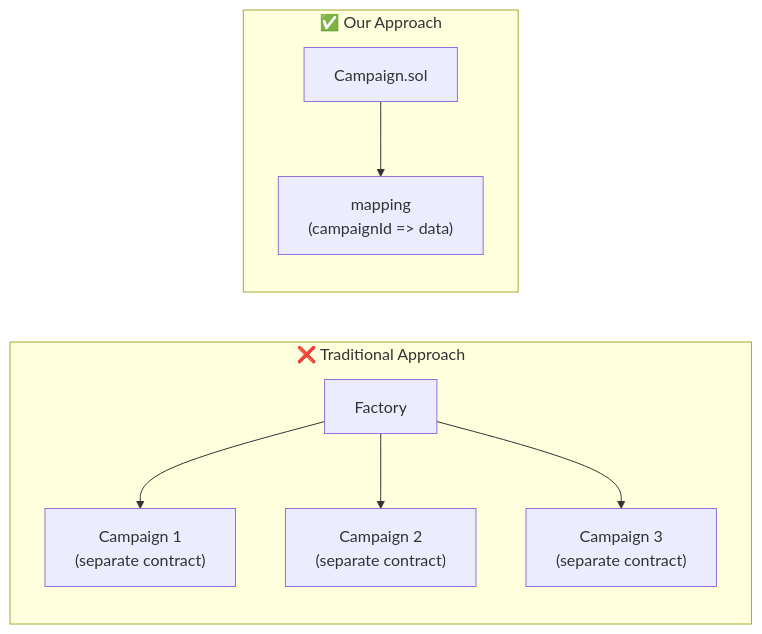
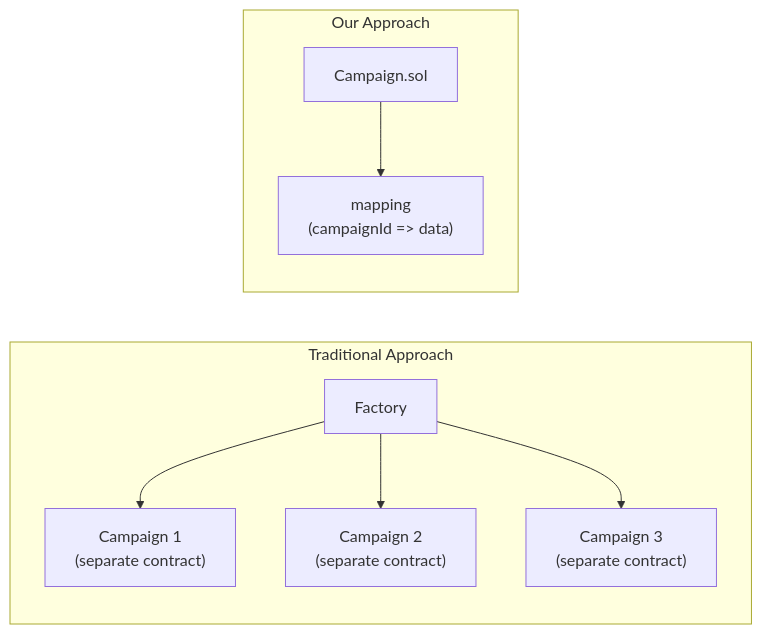
The fourth of 5 diagrams in pitching/Architecture/1. Smart Contract Architecture.md (CrowdFUNding-Base/SC), drawn with Mermaid before and after one commit. The commit also changed other lines of this file and 12 other files, not shown here.

````diff
--- a/pitching/Architecture/1. Smart Contract Architecture.md
+++ b/pitching/Architecture/1. Smart Contract Architecture.md
@@ -233,12 +233,12 @@
 ```mermaid
 flowchart LR
-    subgraph Traditional["❌ Traditional Approach"]
+    subgraph Traditional["Traditional Approach"]
         Factory["Factory"] --> C1["Campaign 1\n(separate contract)"]
         Factory --> C2["Campaign 2\n(separate contract)"]
         Factory --> C3["Campaign 3\n(separate contract)"]
     end
 
-    subgraph Singleton["✅ Our Approach"]
+    subgraph Singleton["Our Approach"]
         Single["Campaign.sol"] --> M["mapping\n(campaignId => data)"]
     end
 ```
````
